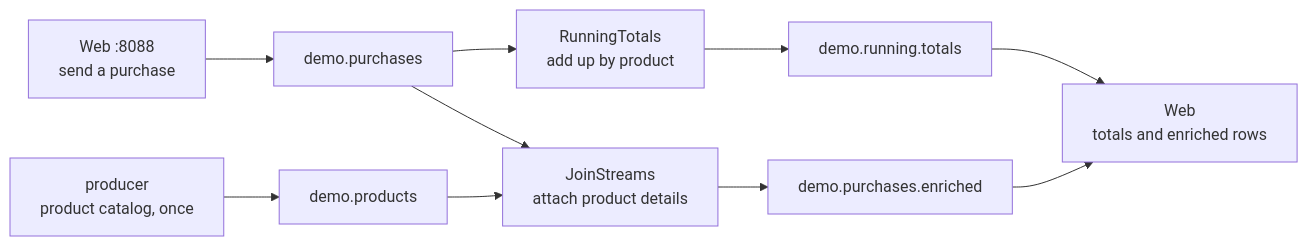
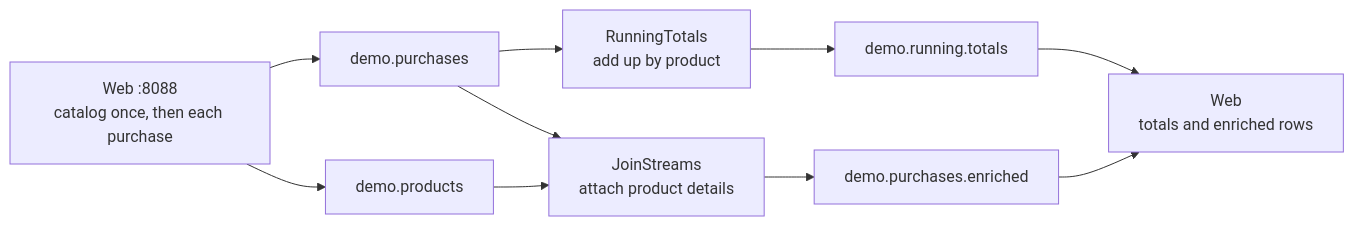
One commit to fanqingsong/flink-kafka-demo changed the second of 4 diagrams in README.md. Above: the diagram before and after it, drawn with Mermaid. The commit also changed other lines of this file and 3 other files, not shown here.

First line of the commit message:
Remove the one-shot producer now that the web app sends purchases.

````diff
--- a/README.md
+++ b/README.md
@@ -76,15 +74,15 @@
 ```mermaid
 flowchart LR
-  web["Web :8088<br/>send a purchase"] --> purchases["demo.purchases"]
-  producer["producer<br/>product catalog, once"] --> products["demo.products"]
+  web["Web :8088<br/>catalog once, then each purchase"] --> purchases["demo.purchases"]
+  web --> products["demo.products"]
 
   purchases --> totals["RunningTotals<br/>add up by product"]
   purchases --> join["JoinStreams<br/>attach product details"]
   products --> join
 
   totals --> running["demo.running.totals"]
   join --> enriched["demo.purchases.enriched"]
 
   running --> screen["Web<br/>totals and enriched rows"]
   enriched --> screen
 ```
````
